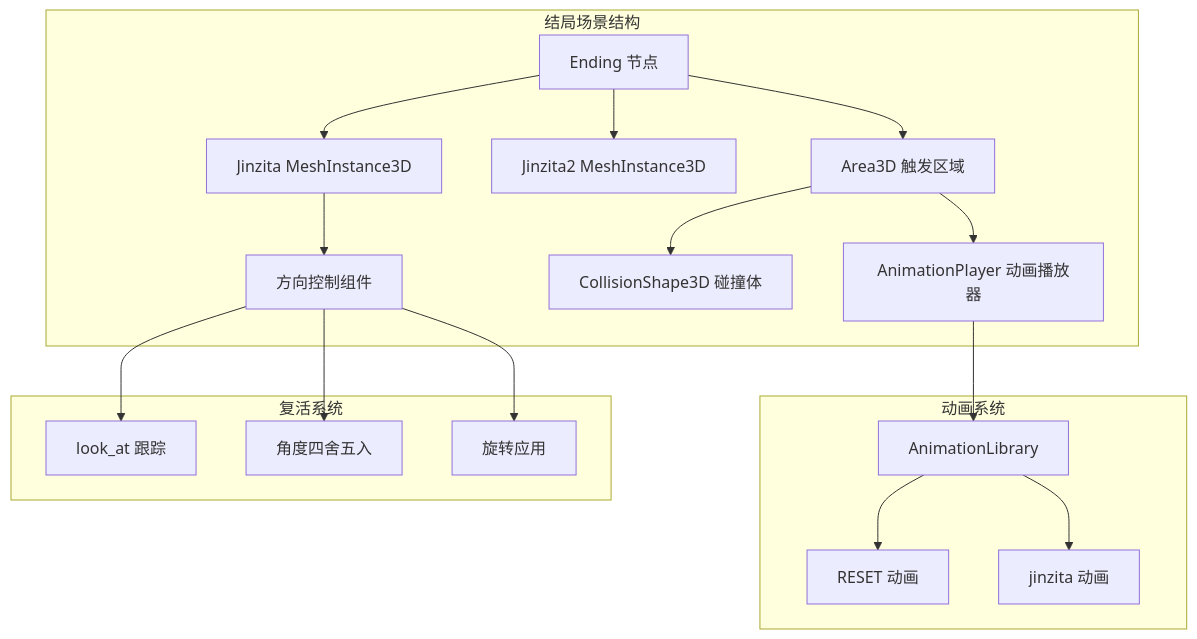
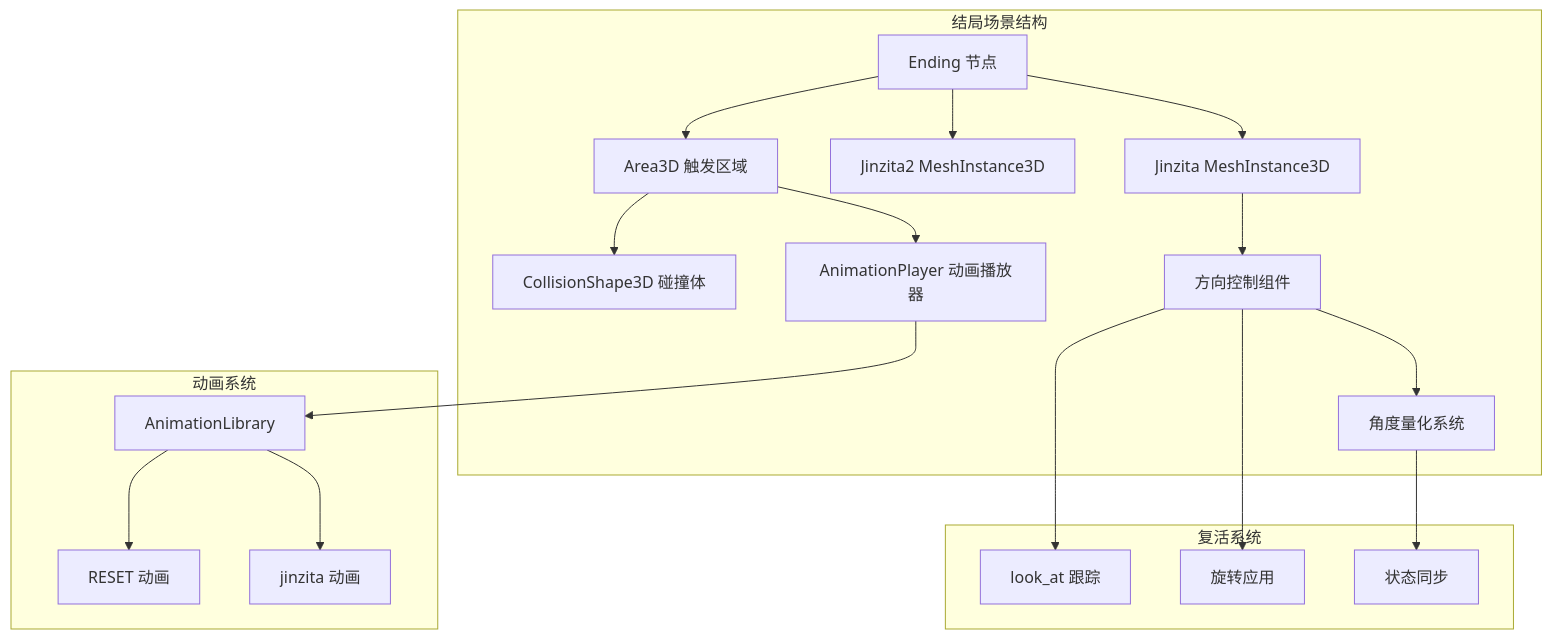
The third of 8 diagrams in .qoder/repowiki/zh/content/游戏系统/触发器系统/结局触发器.md (godotline/godot-line), drawn with Mermaid before and after one commit. The commit also changed other lines of this file and 7 other files, not shown here.

````diff
--- a/.qoder/repowiki/zh/content/游戏系统/触发器系统/结局触发器.md
+++ b/.qoder/repowiki/zh/content/游戏系统/触发器系统/结局触发器.md
@@ -233,34 +248,36 @@
 ```mermaid
 graph TD
 subgraph "结局场景结构"
 EndingNode[Ending 节点]
 Jinzita[Jinzita MeshInstance3D]
 Jinzita2[Jinzita2 MeshInstance3D]
 Area3D[Area3D 触发区域]
 CollisionShape3D[CollisionShape3D 碰撞体]
 AnimationPlayer[AnimationPlayer 动画播放器]
 DirectionControl[方向控制组件]
+AngleQuantization[角度量化系统]
 end
 subgraph "动画系统"
 ResetAnim[RESET 动画]
 JinzitaAnim[jinzita 动画]
 AnimLibrary[AnimationLibrary]
 end
 subgraph "复活系统"
 LookAt[look_at 跟踪]
-AngleRound[角度四舍五入]
 RotationApply[旋转应用]
+StateSync[状态同步]
 end
 EndingNode --> Jinzita
 EndingNode --> Jinzita2
 EndingNode --> Area3D
 Area3D --> CollisionShape3D
 Area3D --> AnimationPlayer
 AnimationPlayer --> AnimLibrary
 AnimLibrary --> ResetAnim
 AnimLibrary --> JinzitaAnim
 Jinzita --> DirectionControl
 DirectionControl --> LookAt
-DirectionControl --> AngleRound
+DirectionControl --> AngleQuantization
 DirectionControl --> RotationApply
+AngleQuantization --> StateSync
 ```
````
